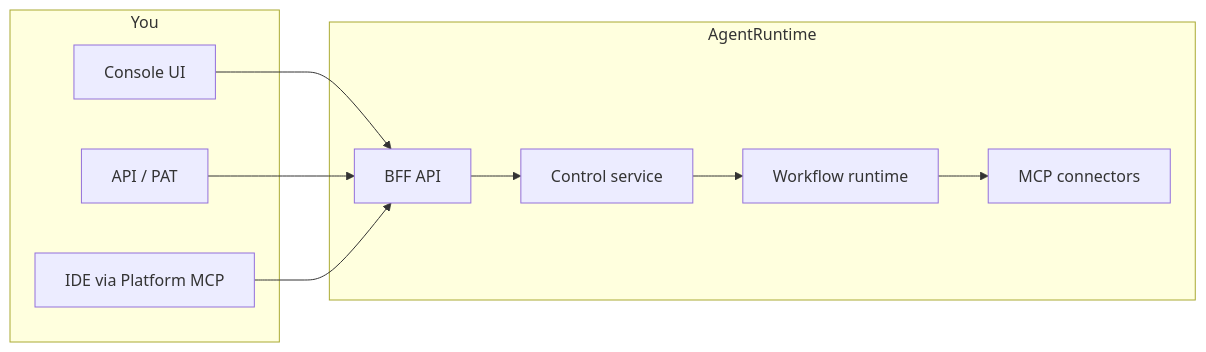
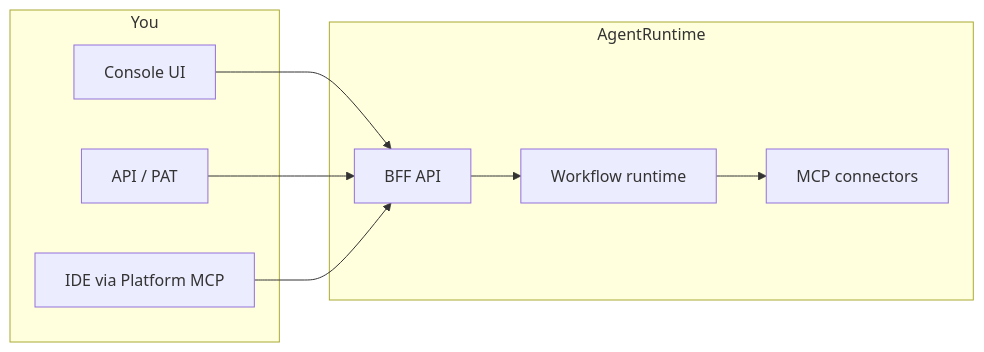
Before and after one commit to agentruntime-io/agentruntime-docs: the diagram in introduction/what-is-agentruntime.mdx, drawn with Mermaid. The commit also changed other lines of this file and 42 other files, not shown here.

````diff
--- a/introduction/what-is-agentruntime.mdx
+++ b/introduction/what-is-agentruntime.mdx
@@ -32,20 +32,18 @@
 ```mermaid
 flowchart LR
   subgraph you [You]
     Console[Console UI]
     API[API / PAT]
     IDE[IDE via Platform MCP]
   end
   subgraph platform [AgentRuntime]
     BFF[BFF API]
-    CS[Control service]
     RT[Workflow runtime]
     MCP[MCP connectors]
   end
   Console --> BFF
   API --> BFF
   IDE --> BFF
-  BFF --> CS
-  CS --> RT
+  BFF --> RT
   RT --> MCP
 ```
````
